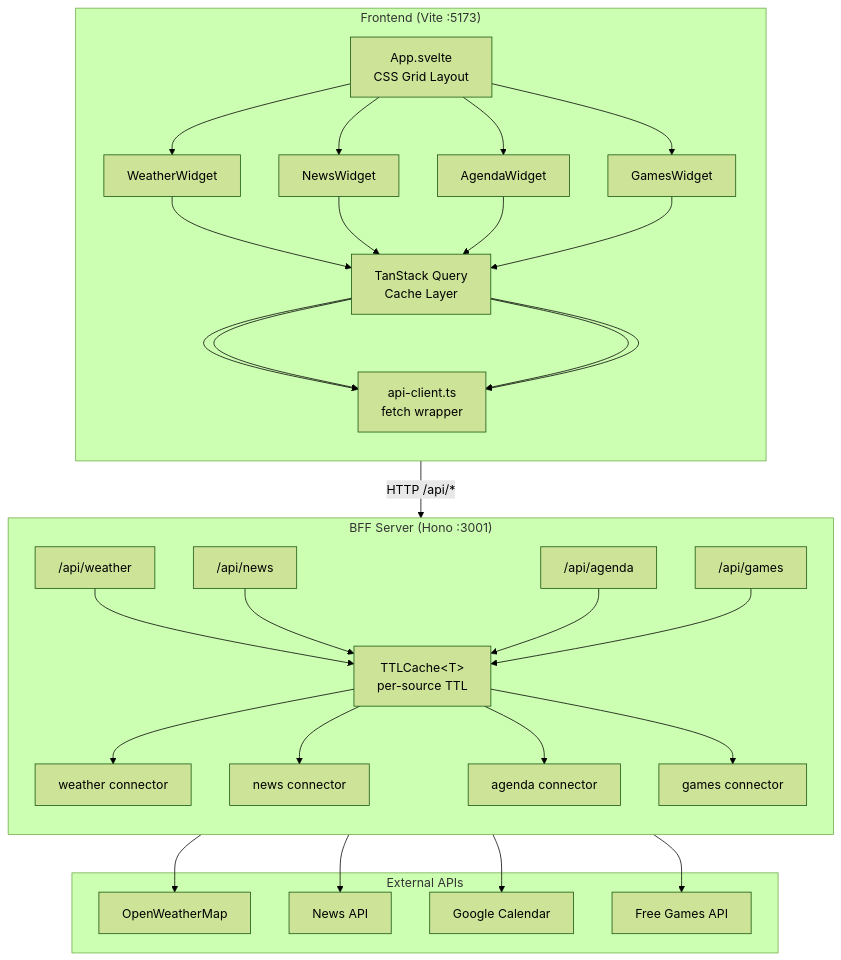
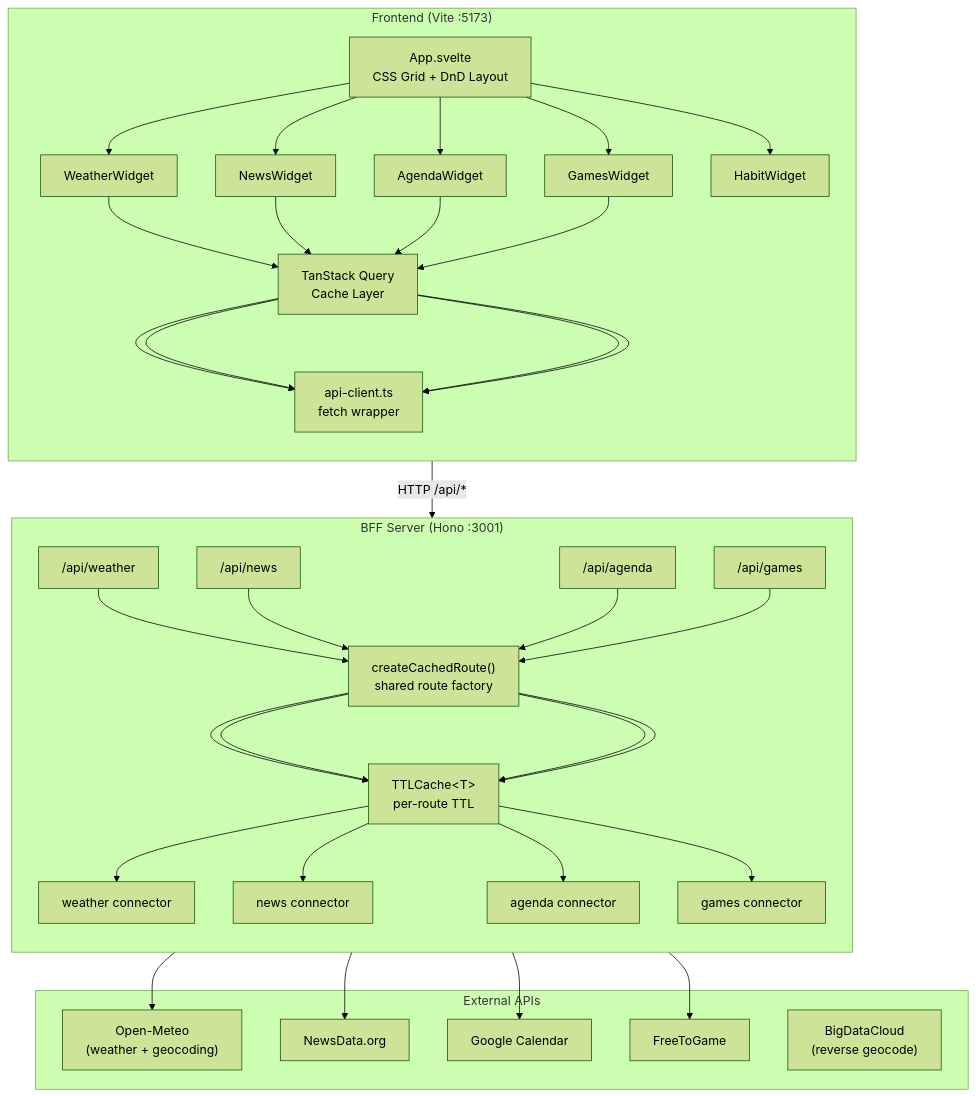
Before and after one commit to gabrielLoff/dashboard: the first of 2 diagrams in docs/architecture/architecture.md, drawn with Mermaid (forest theme). The commit also changed other lines of this file and 8 other files, not shown here.

````diff
--- a/docs/architecture/architecture.md
+++ b/docs/architecture/architecture.md
@@ -7,45 +7,49 @@
 ```mermaid
 graph TD
     subgraph Frontend["Frontend (Vite :5173)"]
         direction TB
-        A["App.svelte<br/>CSS Grid Layout"]
+        A["App.svelte<br/>CSS Grid + DnD Layout"]
         W1["WeatherWidget"]
         W2["NewsWidget"]
         W3["AgendaWidget"]
         W4["GamesWidget"]
+        W5["HabitWidget"]
         TQ["TanStack Query<br/>Cache Layer"]
         API["api-client.ts<br/>fetch wrapper"]
     end
 
     subgraph BFF["BFF Server (Hono :3001)"]
         direction TB
+        CR["createCachedRoute()<br/>shared route factory"]
         R1["/api/weather"]
         R2["/api/news"]
         R3["/api/agenda"]
         R4["/api/games"]
-        Cache["TTLCache&lt;T&gt;<br/>per-source TTL"]
+        Cache["TTLCache&lt;T&gt;<br/>per-route TTL"]
         C1["weather connector"]
         C2["news connector"]
         C3["agenda connector"]
         C4["games connector"]
     end
 
     subgraph External["External APIs"]
-        E1["OpenWeatherMap"]
-        E2["News API"]
+        E1["Open-Meteo<br/>(weather + geocoding)"]
+        E2["NewsData.org"]
         E3["Google Calendar"]
-        E4["Free Games API"]
+        E4["FreeToGame"]
+        E5["BigDataCloud<br/>(reverse geocode)"]
     end
 
     A --> W1 --> TQ --> API
     A --> W2 --> TQ --> API
     A --> W3 --> TQ --> API
     A --> W4 --> TQ --> API
+    A --> W5
 
     API -->|"HTTP /api/*"| BFF
 
-    R1 --> Cache --> C1 --> E1
-    R2 --> Cache --> C2 --> E2
-    R3 --> Cache --> C3 --> E3
-    R4 --> Cache --> C4 --> E4
+    R1 --> CR --> Cache --> C1 --> E1
+    R2 --> CR --> Cache --> C2 --> E2
+    R3 --> CR --> Cache --> C3 --> E3
+    R4 --> CR --> Cache --> C4 --> E4
 ```
````
